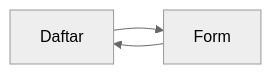
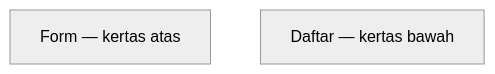
The second of 2 diagrams in modul-03-interaksi/README.md (antonprafanto/mobile2026), drawn with Mermaid (neutral theme) before and after one commit. The commit also changed other lines of this file and 1 other file, not shown here.

Commit message:
Replace the looping Modul 03 mermaid diagram so GitHub no longer shows a stuck spinner.

````diff
--- a/modul-03-interaksi/README.md
+++ b/modul-03-interaksi/README.md
@@ -67,5 +69,5 @@
 ```mermaid
-flowchart LR
-  Daftar --> Form
-  Form --> Daftar
+flowchart TB
+  Form["Form — kertas atas"]
+  Daftar["Daftar — kertas bawah"]
 ```
````
